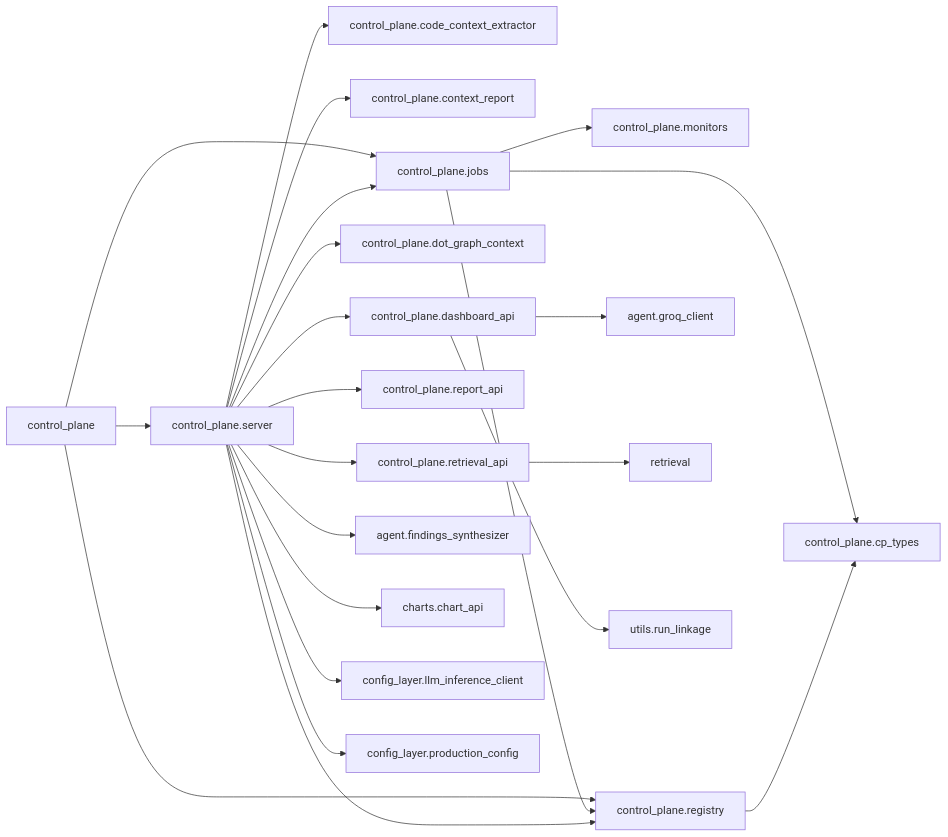
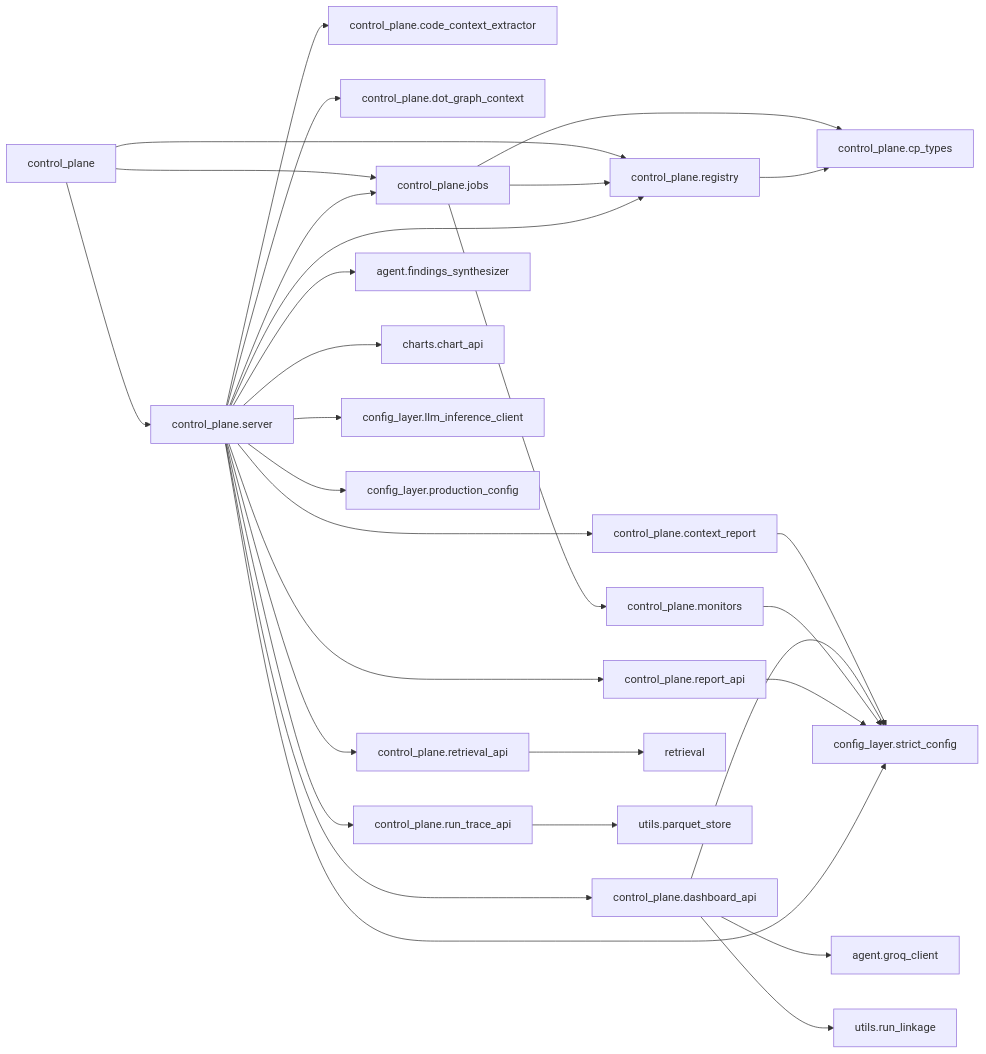
Before and after one commit to Chaithu1995-0312/TradeHlt: the eighth of 41 diagrams in docs/architecture/code-map.generated.md, drawn with Mermaid. The commit also changed other lines of this file and 6 other files, not shown here.

````diff
--- a/docs/architecture/code-map.generated.md
+++ b/docs/architecture/code-map.generated.md
@@ -646,44 +692,54 @@
 ```mermaid
 flowchart LR
     control_plane["control_plane"]
     control_plane_code_context_extractor["control_plane.code_context_extractor"]
     control_plane_context_report["control_plane.context_report"]
     control_plane_cp_types["control_plane.cp_types"]
     control_plane_dashboard_api["control_plane.dashboard_api"]
     control_plane_dot_graph_context["control_plane.dot_graph_context"]
     control_plane_jobs["control_plane.jobs"]
     control_plane_monitors["control_plane.monitors"]
     control_plane_registry["control_plane.registry"]
     control_plane_report_api["control_plane.report_api"]
     control_plane_retrieval_api["control_plane.retrieval_api"]
+    control_plane_run_trace_api["control_plane.run_trace_api"]
     control_plane_server["control_plane.server"]
     agent_findings_synthesizer["agent.findings_synthesizer"]
     agent_groq_client["agent.groq_client"]
     charts_chart_api["charts.chart_api"]
     config_layer_llm_inference_client["config_layer.llm_inference_client"]
     config_layer_production_config["config_layer.production_config"]
+    config_layer_strict_config["config_layer.strict_config"]
     retrieval["retrieval"]
+    utils_parquet_store["utils.parquet_store"]
     utils_run_linkage["utils.run_linkage"]
     control_plane --> control_plane_jobs
     control_plane --> control_plane_registry
     control_plane --> control_plane_server
+    control_plane_context_report --> config_layer_strict_config
     control_plane_dashboard_api --> agent_groq_client
+    control_plane_dashboard_api --> config_layer_strict_config
     control_plane_dashboard_api --> utils_run_linkage
     control_plane_jobs --> control_plane_cp_types
     control_plane_jobs --> control_plane_monitors
     control_plane_jobs --> control_plane_registry
+    control_plane_monitors --> config_layer_strict_config
     control_plane_registry --> control_plane_cp_types
+    control_plane_report_api --> config_layer_strict_config
     control_plane_retrieval_api --> retrieval
+    control_plane_run_trace_api --> utils_parquet_store
     control_plane_server --> agent_findings_synthesizer
     control_plane_server --> charts_chart_api
     control_plane_server --> config_layer_llm_inference_client
     control_plane_server --> config_layer_production_config
+    control_plane_server --> config_layer_strict_config
     control_plane_server --> control_plane_code_context_extractor
     control_plane_server --> control_plane_context_report
     control_plane_server --> control_plane_dashboard_api
     control_plane_server --> control_plane_dot_graph_context
     control_plane_server --> control_plane_jobs
     control_plane_server --> control_plane_registry
     control_plane_server --> control_plane_report_api
     control_plane_server --> control_plane_retrieval_api
+    control_plane_server --> control_plane_run_trace_api
 ```
````
